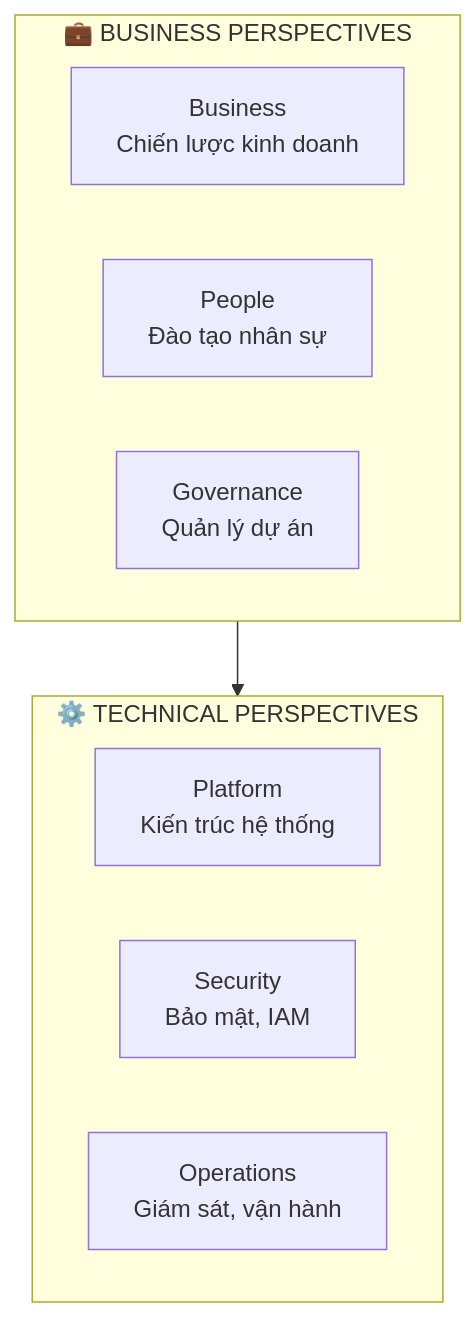
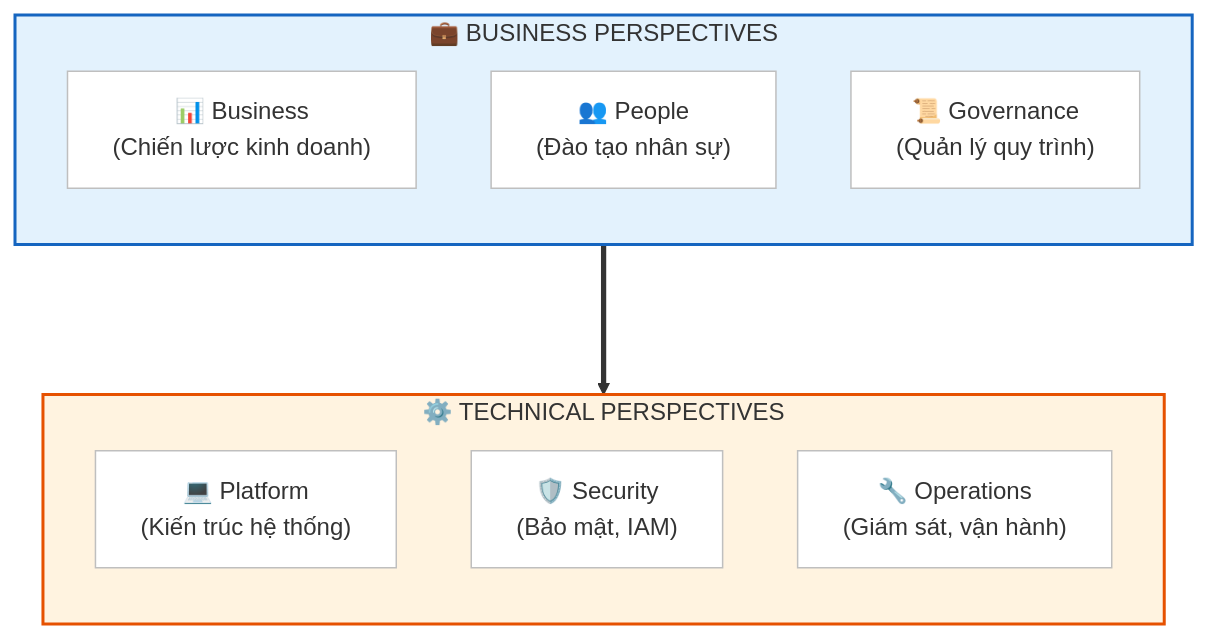
Before and after one commit to tietvinhphu/AWS-Journey: the fourth of 7 diagrams in Session-01-☁️ NỀN TẢNG ĐÁM MÂY AWS/README.md, drawn with Mermaid.

Commit message:
refactor: migrate chat message loading state to useChatContext

````diff
--- a/Session-01-☁️ NỀN TẢNG ĐÁM MÂY AWS/README.md
+++ b/Session-01-☁️ NỀN TẢNG ĐÁM MÂY AWS/README.md
@@ -325,16 +325,27 @@
     ```mermaid
     flowchart TB
+        %% Style Definitions
+        classDef bus fill:#e3f2fd,stroke:#1565c0,stroke-width:2px;
+        classDef tech fill:#fff3e0,stroke:#e65100,stroke-width:2px;
+        classDef nodeStyle fill:#fff,stroke:#bfbfbf,stroke-width:1px;
+
         subgraph Business_Perspective["💼 BUSINESS PERSPECTIVES"]
-            B[Business<br/>Chiến lược kinh doanh]
-            P[People<br/>Đào tạo nhân sự]
-            G[Governance<br/>Quản lý dự án]
+            direction TB
+            B["📊 Business<br/>(Chiến lược kinh doanh)"]:::nodeStyle
+            P["👥 People<br/>(Đào tạo nhân sự)"]:::nodeStyle
+            G["📜 Governance<br/>(Quản lý quy trình)"]:::nodeStyle
         end
     
         subgraph Technical_Perspective["⚙️ TECHNICAL PERSPECTIVES"]
-            PL[Platform<br/>Kiến trúc hệ thống]
-            S[Security<br/>Bảo mật, IAM]
-            O[Operations<br/>Giám sát, vận hành]
+            direction TB
+            PL["💻 Platform<br/>(Kiến trúc hệ thống)"]:::nodeStyle
+            S["🛡️ Security<br/>(Bảo mật, IAM)"]:::nodeStyle
+            O["🔧 Operations<br/>(Giám sát, vận hành)"]:::nodeStyle
         end
     
-        Business_Perspective --> Technical_Perspective
+        Business_Perspective ===> Technical_Perspective
+
+        %% Apply Styles
+        class Business_Perspective bus
+        class Technical_Perspective tech
     ```
````
